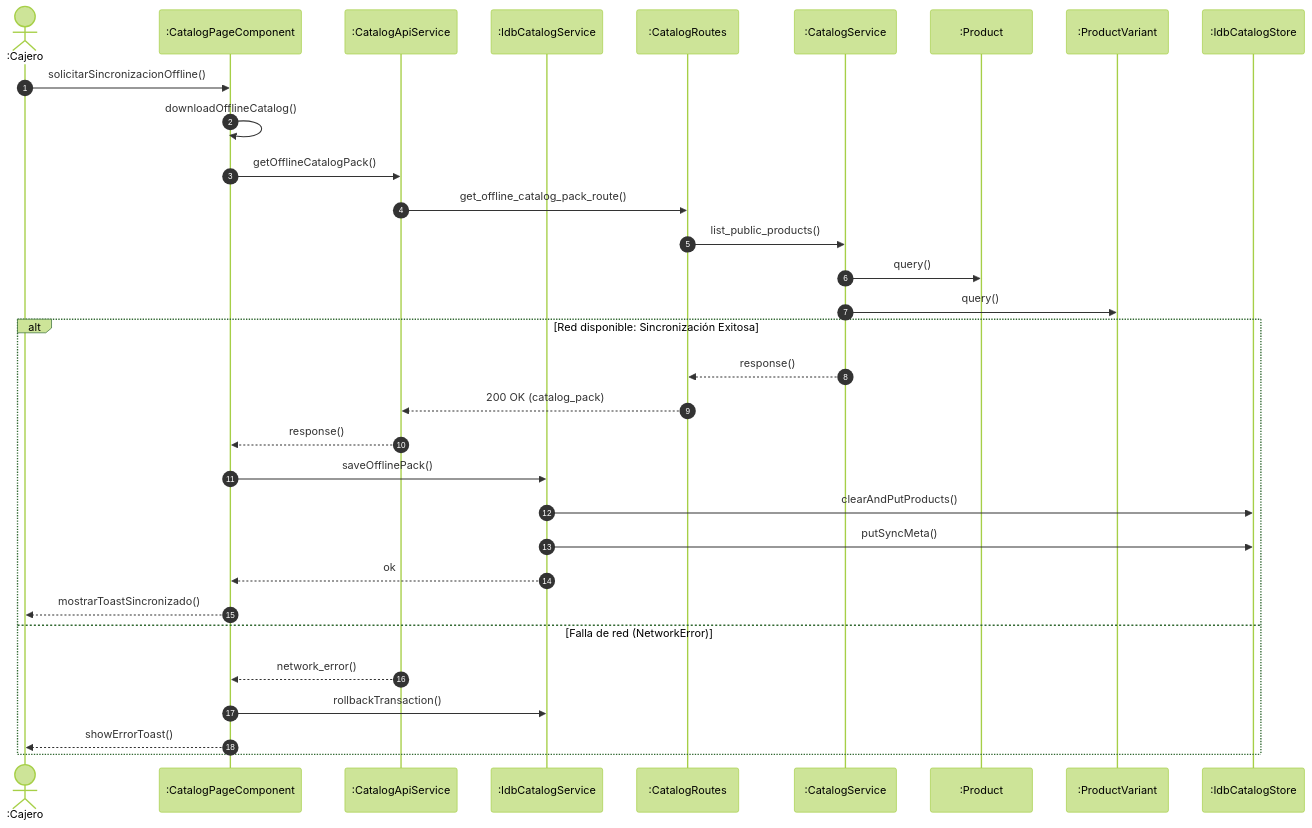
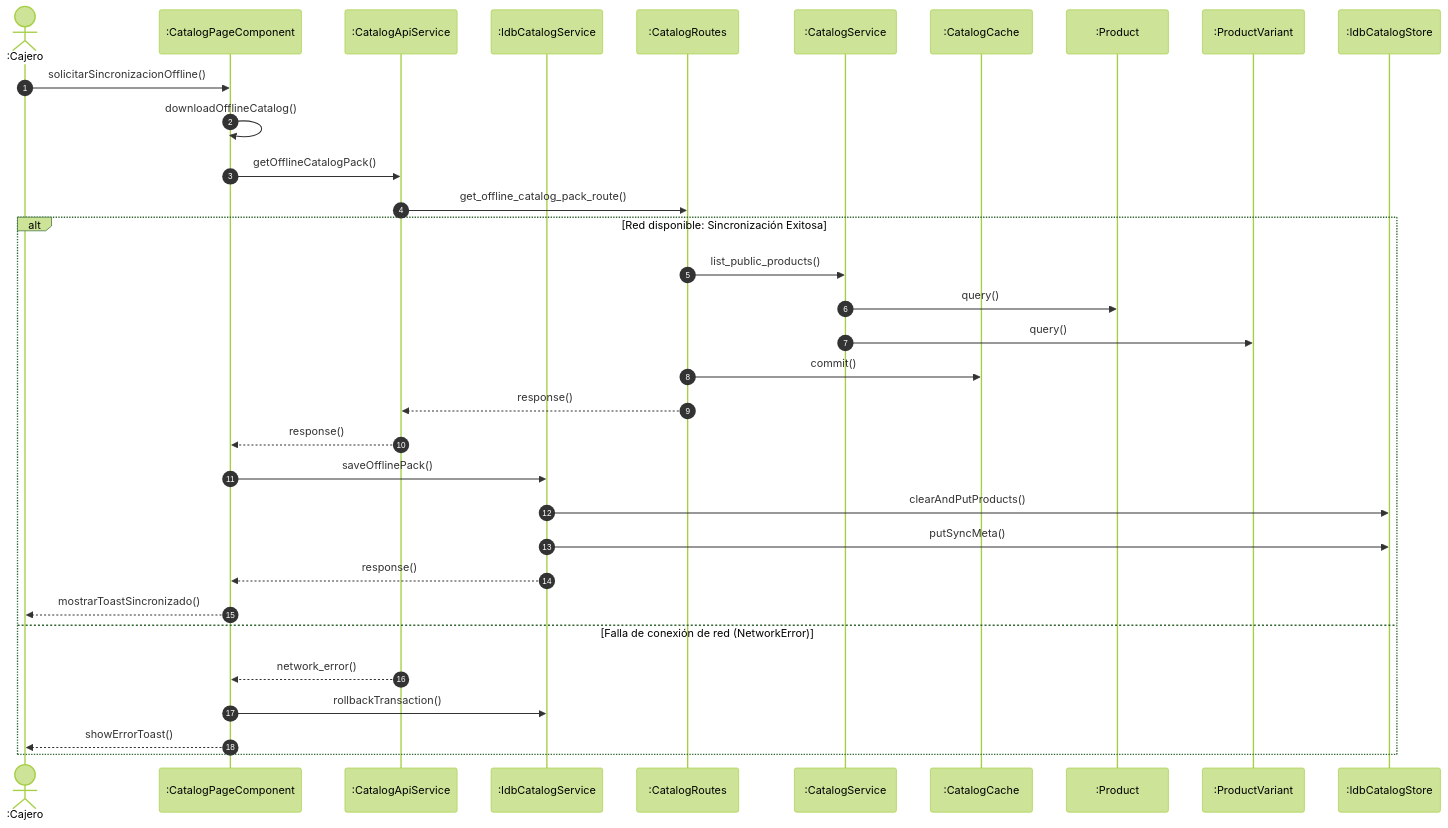
Diagram 11 of 26 in docsUML/SEQUENCE_DIAGRAM_GUIDE.md (RSofi12/Saas-ecommerce), drawn with Mermaid (forest theme) before and after one commit. The commit also changed other lines of this file and 3 other files, not shown here.

Commit message:
uml: diagramas mejorados, de secuencia pres 1

````diff
--- a/docsUML/SEQUENCE_DIAGRAM_GUIDE.md
+++ b/docsUML/SEQUENCE_DIAGRAM_GUIDE.md
@@ -923,37 +924,38 @@
 ```mermaid
 sequenceDiagram
     autonumber
     actor Cashier as :Cajero
     participant UI_Page as :CatalogPageComponent
     participant UI_Api as :CatalogApiService
     participant UI_Idb as :IdbCatalogService
     participant Ctrl_Routes as :CatalogRoutes
     participant Ctrl_Svc as :CatalogService
+    participant Ent_Cache as :CatalogCache
     participant Ent_Prod as :Product
     participant Ent_Var as :ProductVariant
     participant Ent_Idb as :IdbCatalogStore
 
-    %% FASE 1: Solicitud y Descarga de Catálogo Offline
+    %% FASE 1: Solicitud e Inicio de Descarga
     Cashier->>UI_Page: solicitarSincronizacionOffline()
     UI_Page->>UI_Page: downloadOfflineCatalog()
     UI_Page->>UI_Api: getOfflineCatalogPack()
     UI_Api->>Ctrl_Routes: get_offline_catalog_pack_route()
-    Ctrl_Routes->>Ctrl_Svc: list_public_products()
-    Ctrl_Svc->>Ent_Prod: query()
-    Ctrl_Svc->>Ent_Var: query()
 
     alt Red disponible: Sincronización Exitosa
-        Ctrl_Svc-->>Ctrl_Routes: response()
-        Ctrl_Routes-->>UI_Api: 200 OK (catalog_pack)
+        Ctrl_Routes->>Ctrl_Svc: list_public_products()
+        Ctrl_Svc->>Ent_Prod: query()
+        Ctrl_Svc->>Ent_Var: query()
+        Ctrl_Routes->>Ent_Cache: commit()
+        Ctrl_Routes-->>UI_Api: response()
         UI_Api-->>UI_Page: response()
         UI_Page->>UI_Idb: saveOfflinePack()
         UI_Idb->>Ent_Idb: clearAndPutProducts()
         UI_Idb->>Ent_Idb: putSyncMeta()
-        UI_Idb-->>UI_Page: ok
+        UI_Idb-->>UI_Page: response()
         UI_Page-->>Cashier: mostrarToastSincronizado()
-    else Falla de red (NetworkError)
+    else Falla de conexión de red (NetworkError)
         UI_Api-->>UI_Page: network_error()
         UI_Page->>UI_Idb: rollbackTransaction()
         UI_Page-->>Cashier: showErrorToast()
     end
 ```
````
